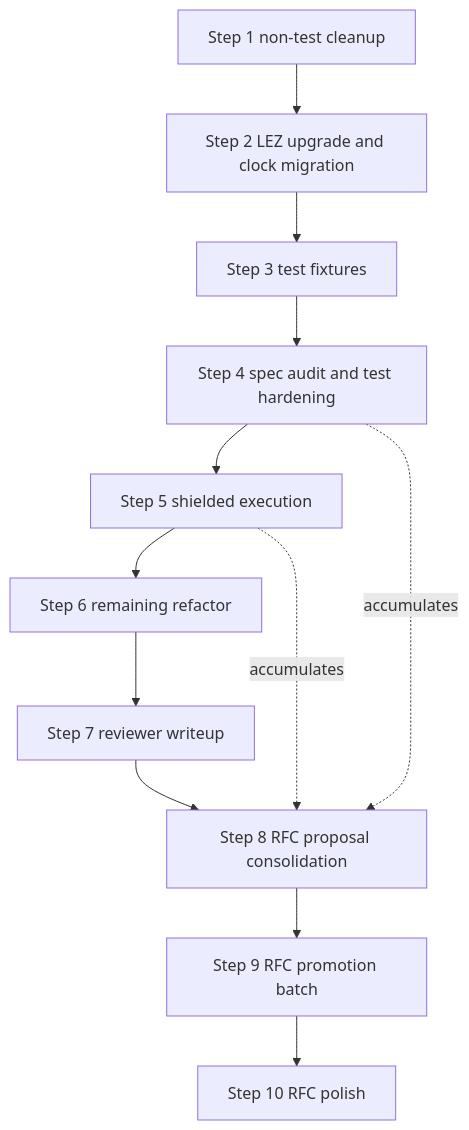
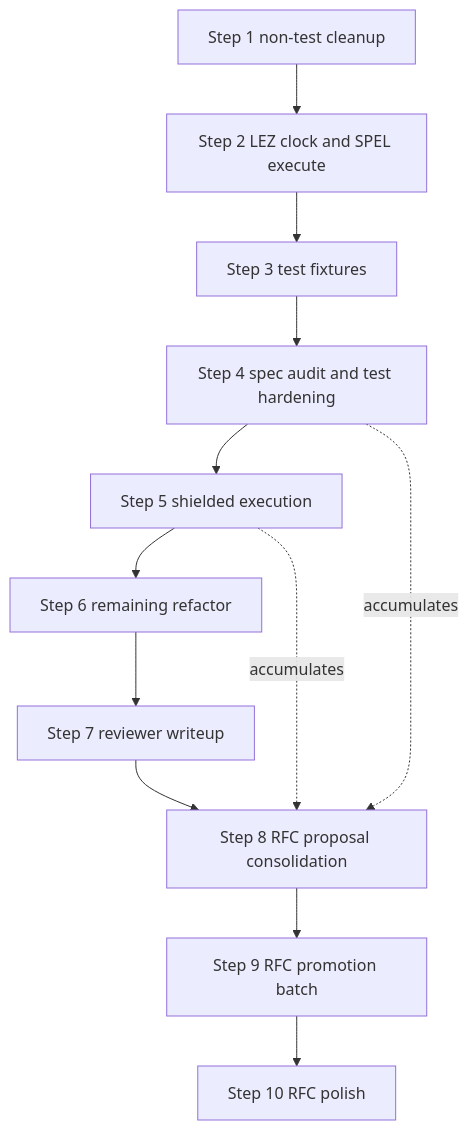
The diagram in plan.md (logos-co/lez-payment-streams), drawn with Mermaid before and after one commit. The commit also changed other lines of this file and 24 other files, not shown here.

Commit message:
migrate to system clock and SPEL execute

````diff
--- a/plan.md
+++ b/plan.md
@@ -144,14 +145,14 @@
 ```mermaid
 flowchart TD
-    S1[Step 1 non-test cleanup] --> S2[Step 2 LEZ upgrade and clock migration]
+    S1[Step 1 non-test cleanup] --> S2[Step 2 LEZ clock and SPEL execute]
     S2 --> S3[Step 3 test fixtures]
     S3 --> S4[Step 4 spec audit and test hardening]
     S4 --> S5[Step 5 shielded execution]
     S5 --> S6[Step 6 remaining refactor]
     S6 --> S7[Step 7 reviewer writeup]
     S7 --> S8[Step 8 RFC proposal consolidation]
     S8 --> S9[Step 9 RFC promotion batch]
     S9 --> S10[Step 10 RFC polish]
     S4 -. accumulates .-> S8
     S5 -. accumulates .-> S8
 ```
````
